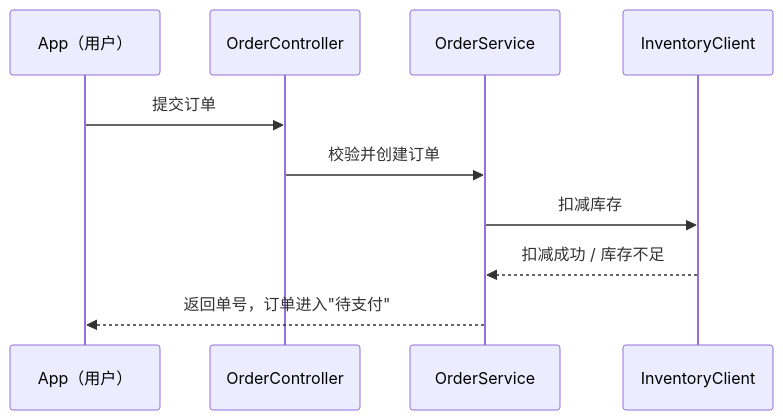
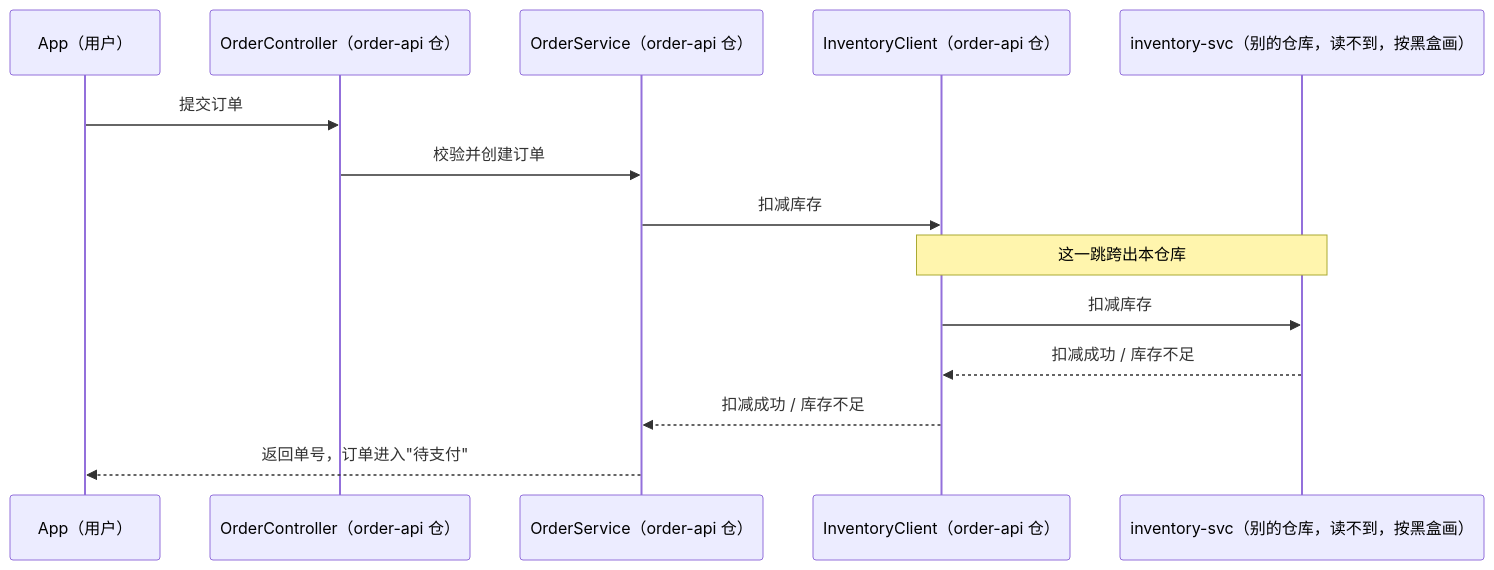
One commit to Muqian-Sun/agent-skills changed the second of 4 diagrams in skills/explain-project/SKILL.md. Above: the diagram before and after it, drawn with Mermaid. The commit also changed other lines of this file and 1 other file, not shown here.

````diff
--- a/skills/explain-project/SKILL.md
+++ b/skills/explain-project/SKILL.md
@@ -226,12 +338,16 @@
 ```mermaid
 sequenceDiagram
     participant App as App（用户）
-    participant OrderController
-    participant OrderService
-    participant InventoryClient
+    participant OrderController as OrderController（order-api 仓）
+    participant OrderService as OrderService（order-api 仓）
+    participant InventoryClient as InventoryClient（order-api 仓）
+    participant InvSvc as inventory-svc（别的仓库，读不到，按黑盒画）
     App->>OrderController: 提交订单
     OrderController->>OrderService: 校验并创建订单
     OrderService->>InventoryClient: 扣减库存
+    Note over InventoryClient,InvSvc: 这一跳跨出本仓库
+    InventoryClient->>InvSvc: 扣减库存
+    InvSvc-->>InventoryClient: 扣减成功 / 库存不足
     InventoryClient-->>OrderService: 扣减成功 / 库存不足
     OrderService-->>App: 返回单号，订单进入"待支付"
 ```
````
